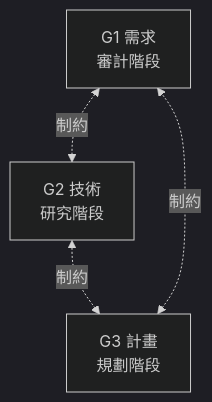
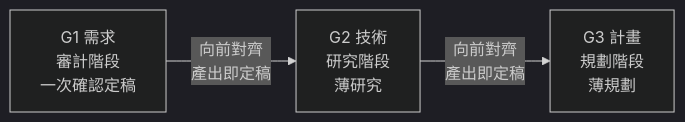
The sixth of 8 diagrams in skills/shiftblame/SKILL.md (teps3105/shiftblame), drawn with Mermaid (dark theme) before and after one commit. The commit also changed other lines of this file and 15 other files, not shown here.

````diff
--- a/skills/shiftblame/SKILL.md
+++ b/skills/shiftblame/SKILL.md
@@ -243,6 +241,5 @@
 ```mermaid
-flowchart TB
-    G1["G1 需求<br/>審計階段"] <-.制約.-> G2["G2 技術<br/>研究階段"]
-    G2 <-.制約.-> G3["G3 計畫<br/>規劃階段"]
-    G3 <-.制約.-> G1
+flowchart LR
+    G1["G1 需求<br/>審計階段<br/>一次確認定稿"] -->|"向前對齊<br/>產出即定稿"| G2["G2 技術<br/>研究階段<br/>薄研究"]
+    G2 -->|"向前對齊<br/>產出即定稿"| G3["G3 計畫<br/>規劃階段<br/>薄規劃"]
 ```
````
